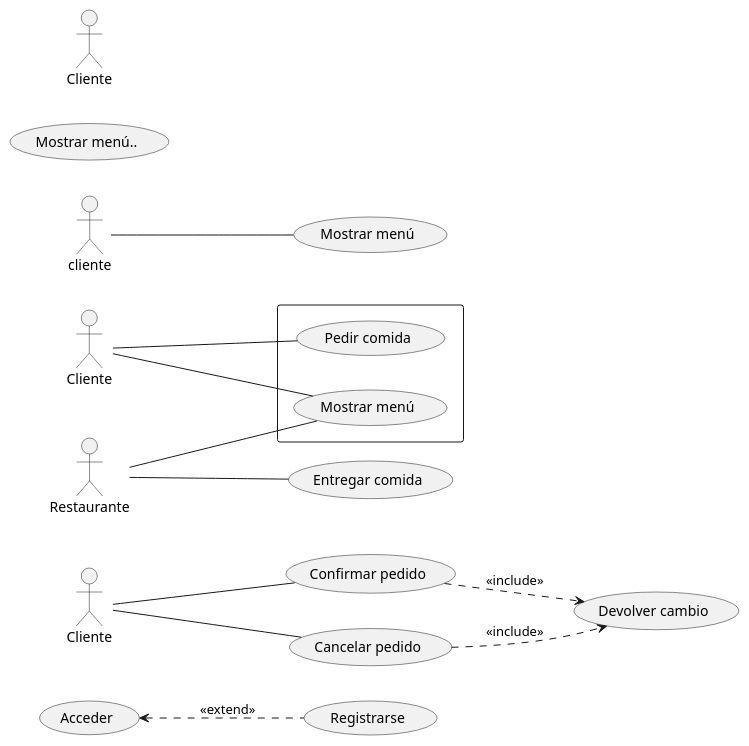
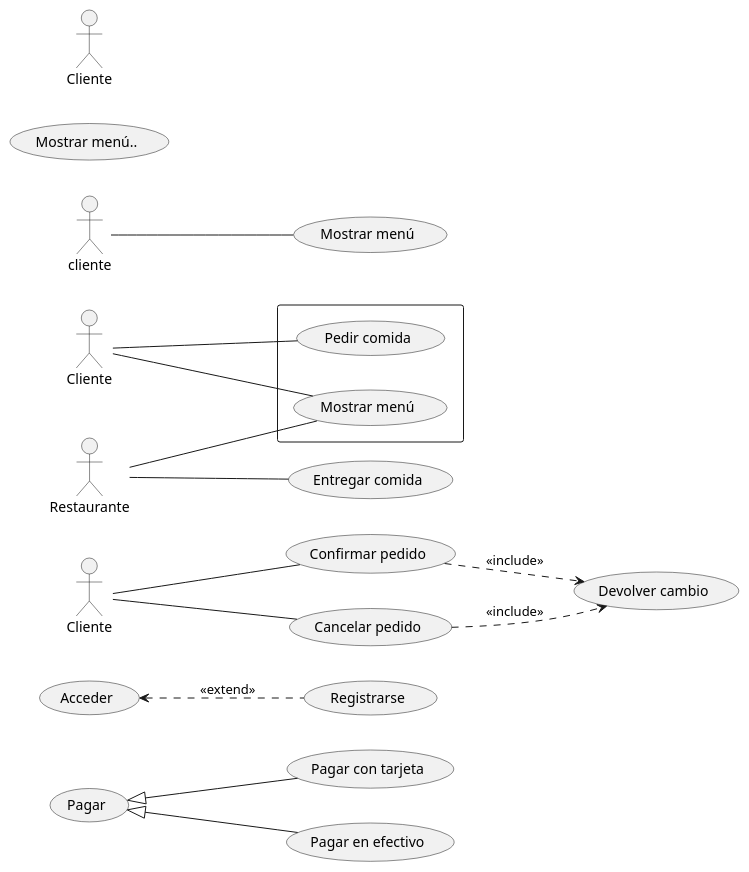
Before and after one commit to JuanmaEDE/UML_casos_de_uso: the diagram in UML_casos_de_uso.puml, drawn with PlantUML.

Commit message:
Realizado Generalización

```diff
--- a/UML_casos_de_uso.puml
+++ b/UML_casos_de_uso.puml
@@ -1,34 +1,41 @@
 @startuml
+
+usecase "Pagar" as pag
+usecase "Pagar con tarjeta" as pagt
+usecase "Pagar en efectivo" as pagoe
+ pag <|-- pagt
+pag <|-- pagoe
+
 usecase "Acceder" as acc
 usecase "Registrarse" as reg
 (acc) <.. (reg) : <<extend>>
 
 
 left to right direction
 actor "Cliente" as cl1
 usecase "Confirmar pedido" as cp
 usecase "Cancelar pedido" as cap
 usecase "Devolver cambio" as dc
 cl1 -- cp
 cl1 -- cap
 (cp) ..> (dc) : <<include>>
 (cap) ..> (dc) : <<include>>
 
 left to right direction
 actor "Cliente" as cl
 actor "Restaurante" as re
 rectangle  {
   usecase "Mostrar menú" as UC1
   usecase "Pedir comida" as UC2
 
 }
 usecase "Entregar comida" as UC3
 cl -- UC1
 cl -- UC2
 re -- UC3
 re -- UC1
 
  :cliente: -- (Mostrar menú)
  Usecase uc1 as "Mostrar menú.."
 actor "Cliente" as ctl
 @enduml
```
